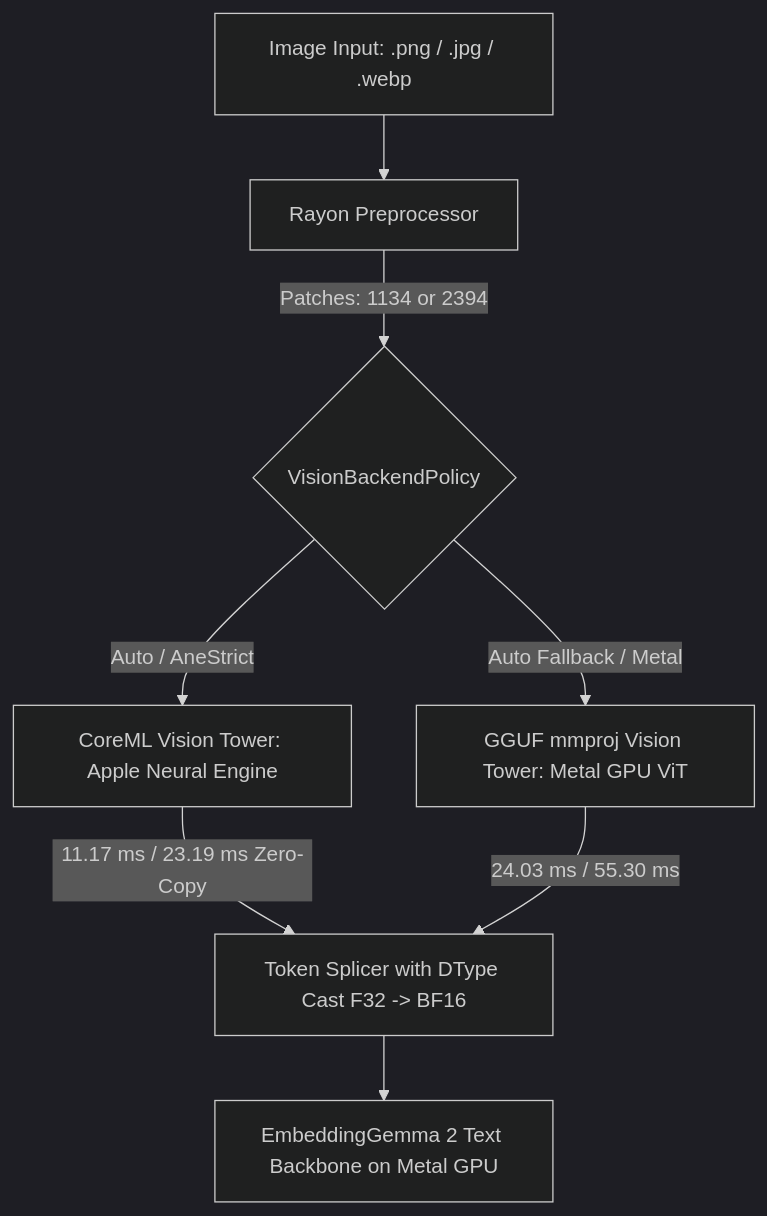
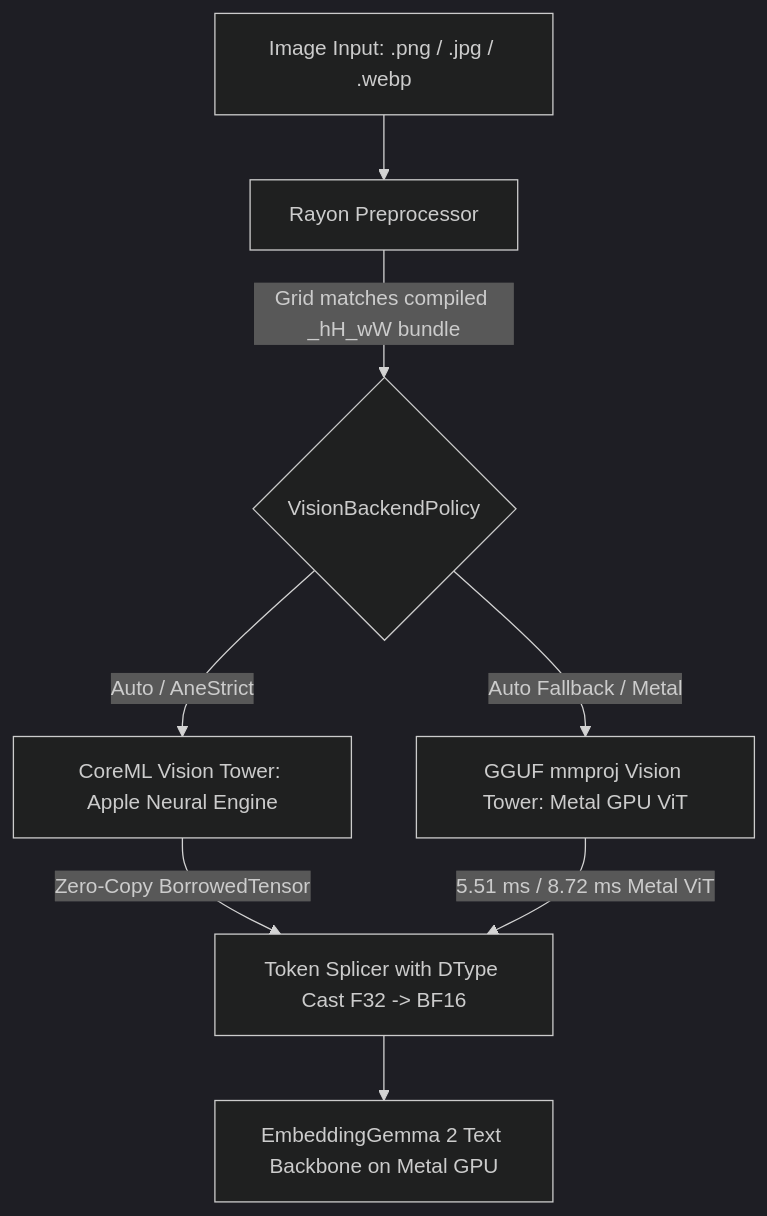
One commit to phrozen/glypr changed the second of 2 diagrams in docs/multimodal/mmproj-architecture.md. Above: the diagram before and after it, drawn with Mermaid (dark theme). The commit also changed other lines of this file and 9 other files, not shown here.

````diff
--- a/docs/multimodal/mmproj-architecture.md
+++ b/docs/multimodal/mmproj-architecture.md
@@ -187,13 +187,13 @@
 ```mermaid
 graph TD
     IMG[Image Input: .png / .jpg / .webp] --> PRE[Rayon Preprocessor]
-    PRE -->|Patches: 1134 or 2394| GATE{VisionBackendPolicy}
+    PRE -->|Grid matches compiled _hH_wW bundle| GATE{VisionBackendPolicy}
     
     GATE -->|Auto / AneStrict| ANE[CoreML Vision Tower: Apple Neural Engine]
     GATE -->|Auto Fallback / Metal| GPU[GGUF mmproj Vision Tower: Metal GPU ViT]
     
-    ANE -->|11.17 ms / 23.19 ms Zero-Copy| SPLICER[Token Splicer with DType Cast F32 -> BF16]
-    GPU -->|24.03 ms / 55.30 ms| SPLICER
+    ANE -->|Zero-Copy BorrowedTensor| SPLICER[Token Splicer with DType Cast F32 -> BF16]
+    GPU -->|5.51 ms / 8.72 ms Metal ViT| SPLICER
     
     SPLICER --> LM[EmbeddingGemma 2 Text Backbone on Metal GPU]
 ```
````
